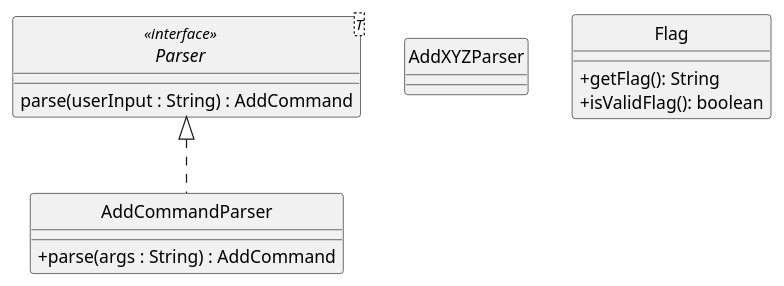
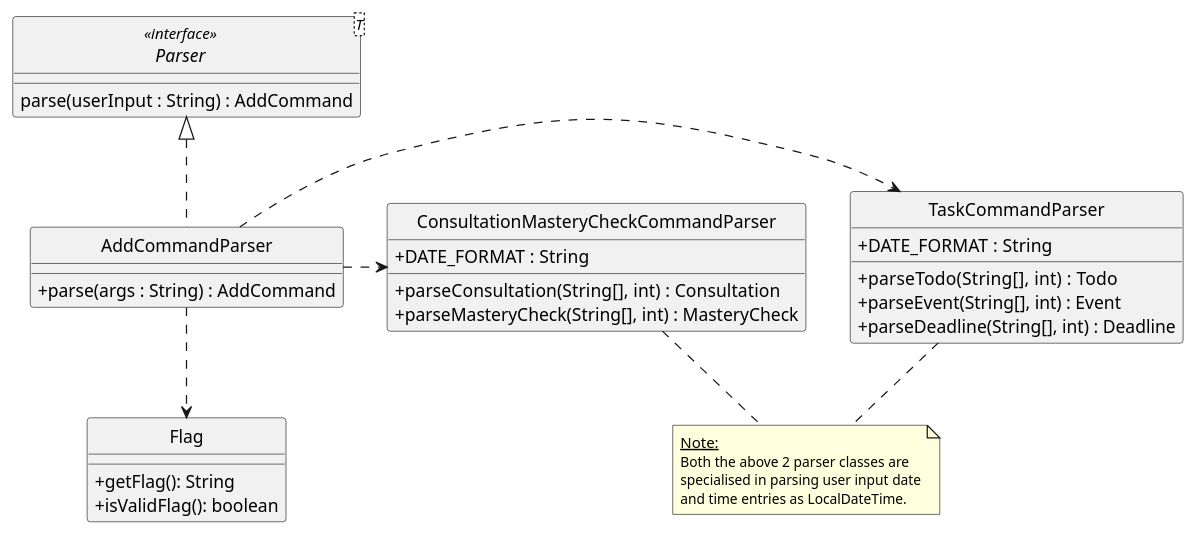
Before and after one commit to wireseo/tp: the diagram in docs/diagrams/AddCommandParserClassDiagram.puml, drawn with PlantUML. The commit also changed 2 other files, not shown here.

Commit message:
Update Addcommandparserclassdiagram

```diff
--- a/docs/diagrams/AddCommandParserClassDiagram.puml
+++ b/docs/diagrams/AddCommandParserClassDiagram.puml
@@ -1,23 +1,53 @@
 @startuml
 skinparam backgroundColor #ffffff
 skinparam classAttributeIconSize 0
 hide circle
 
 interface Parser<T> <<interface>> {
     parse(userInput : String) : AddCommand
 }
 
-class AddXYZParser {
+class TaskCommandParser {
+    /' Attributes '/
+    + DATE_FORMAT : String
 
+    /' Methods '/
+    + parseTodo(String[], int)  : Todo
+    + parseEvent(String[], int) : Event
+    + parseDeadline(String[], int) : Deadline
+}
+
+class ConsultationMasteryCheckCommandParser {
+    /' Attributes '/
+    + DATE_FORMAT : String
+
+    /' Methods '/
+    + parseConsultation(String[], int)  : Consultation
+    + parseMasteryCheck(String[], int) : MasteryCheck
 }
 
 class Flag {
     + getFlag(): String
     + isValidFlag(): boolean
 }
 
 class AddCommandParser implements Parser {
     /' Methods '/
     + parse(args : String) : AddCommand
 }
+
+AddCommandParser .right.> TaskCommandParser
+AddCommandParser .right.> ConsultationMasteryCheckCommandParser
+AddCommandParser .down.> Flag
+
+note as N1
+    <size: 12><u>Note:</u>
+    <size: 11>Both the above 2 parser classes are
+    <size: 11>specialised in parsing user input date
+    <size: 11>and time entries as LocalDateTime.
+end note
+
+N1 .up. ConsultationMasteryCheckCommandParser
+N1 .up. TaskCommandParser
+
 @enduml
```
